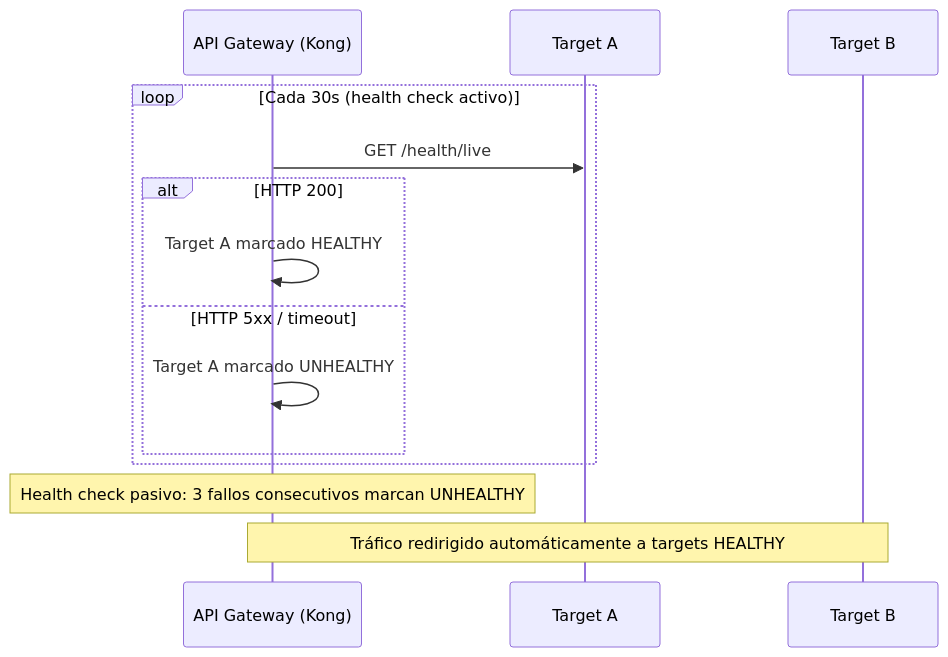
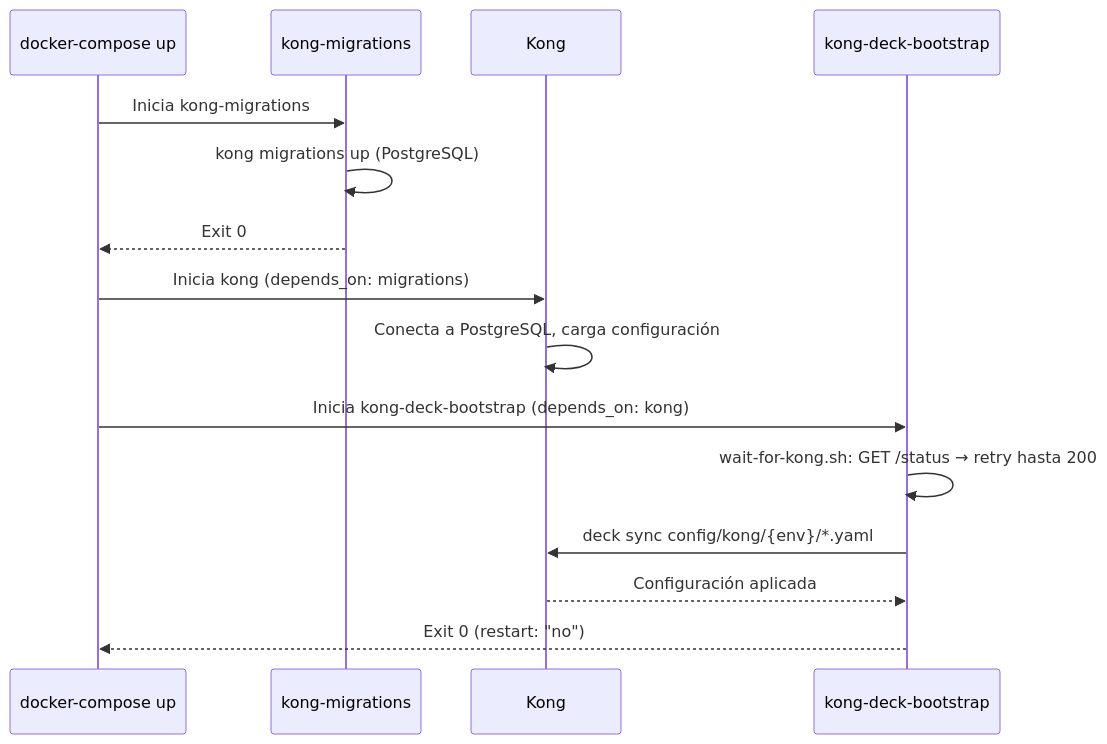
Before and after one commit to jclemente-tlm/tlm-doc-architecture: the third of 3 diagrams in docs/plataforma-corporativa/plataforma-de-integracion/api-gateway/06-vista-tiempo-ejecucion.md, drawn with Mermaid. The commit also changed other lines of this file and 11 other files, not shown here.

Commit message:
refactor: actualiza documentacion de api gateway

````diff
--- a/docs/plataforma-corporativa/plataforma-de-integracion/api-gateway/06-vista-tiempo-ejecucion.md
+++ b/docs/plataforma-corporativa/plataforma-de-integracion/api-gateway/06-vista-tiempo-ejecucion.md
@@ -58,17 +68,18 @@
 ```mermaid
 sequenceDiagram
-    participant K as API Gateway (Kong)
-    participant T1 as Target A
-    participant T2 as Target B
+    participant DC as docker-compose up
+    participant M as kong-migrations
+    participant K as Kong
+    participant B as kong-deck-bootstrap
 
-    loop Cada 30s (health check activo)
-        K->>T1: GET /health/live
-        alt HTTP 200
-            K->>K: Target A marcado HEALTHY
-        else HTTP 5xx / timeout
-            K->>K: Target A marcado UNHEALTHY
-        end
-    end
-    Note over K: Health check pasivo: 3 fallos consecutivos marcan UNHEALTHY
-    Note over K,T2: Tráfico redirigido automáticamente a targets HEALTHY
+    DC->>M: Inicia kong-migrations
+    M->>M: kong migrations up (PostgreSQL)
+    M-->>DC: Exit 0
+    DC->>K: Inicia kong (depends_on: migrations)
+    K->>K: Conecta a PostgreSQL, carga configuración
+    DC->>B: Inicia kong-deck-bootstrap (depends_on: kong)
+    B->>B: wait-for-kong.sh: GET /status → retry hasta 200
+    B->>K: deck sync config/kong/{env}/*.yaml
+    K-->>B: Configuración aplicada
+    B-->>DC: Exit 0 (restart: "no")
 ```
````
